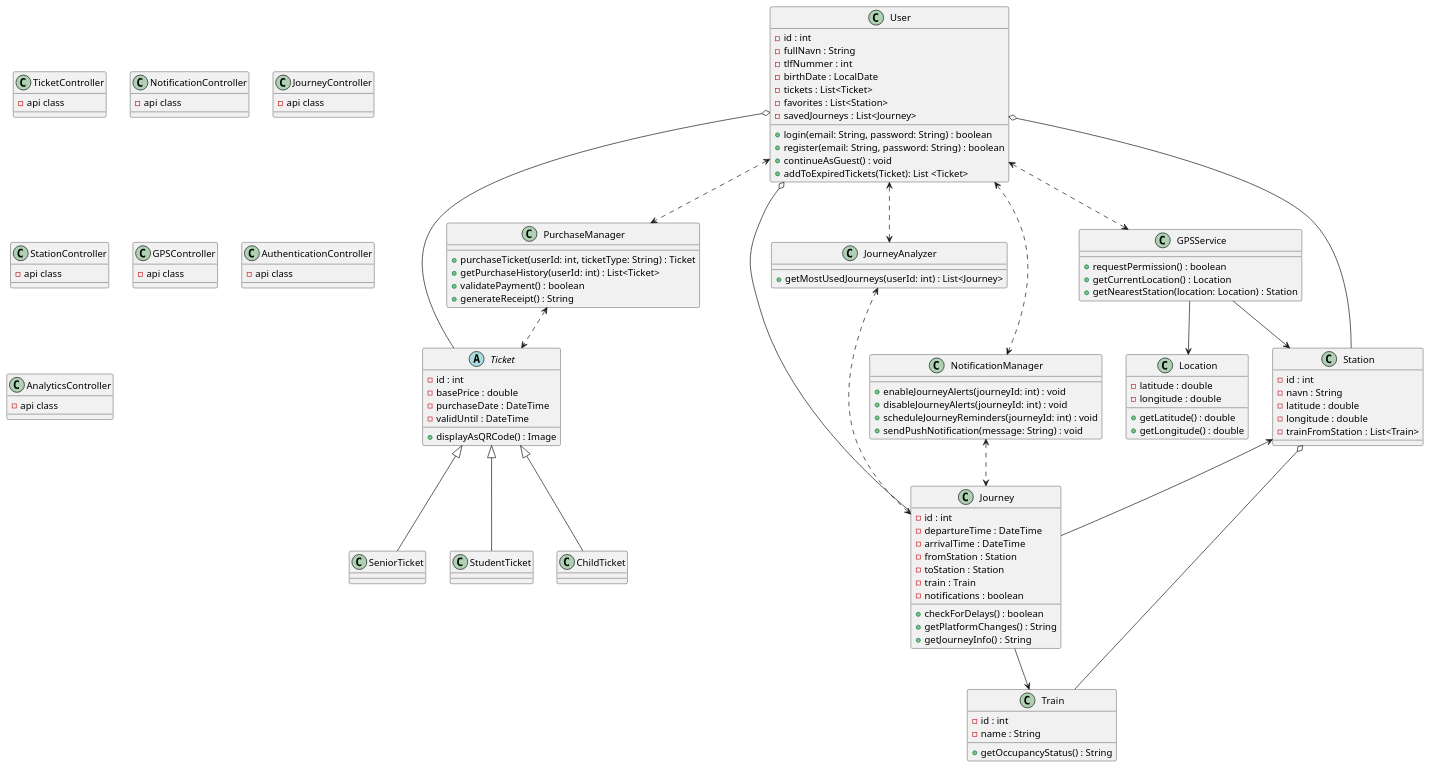
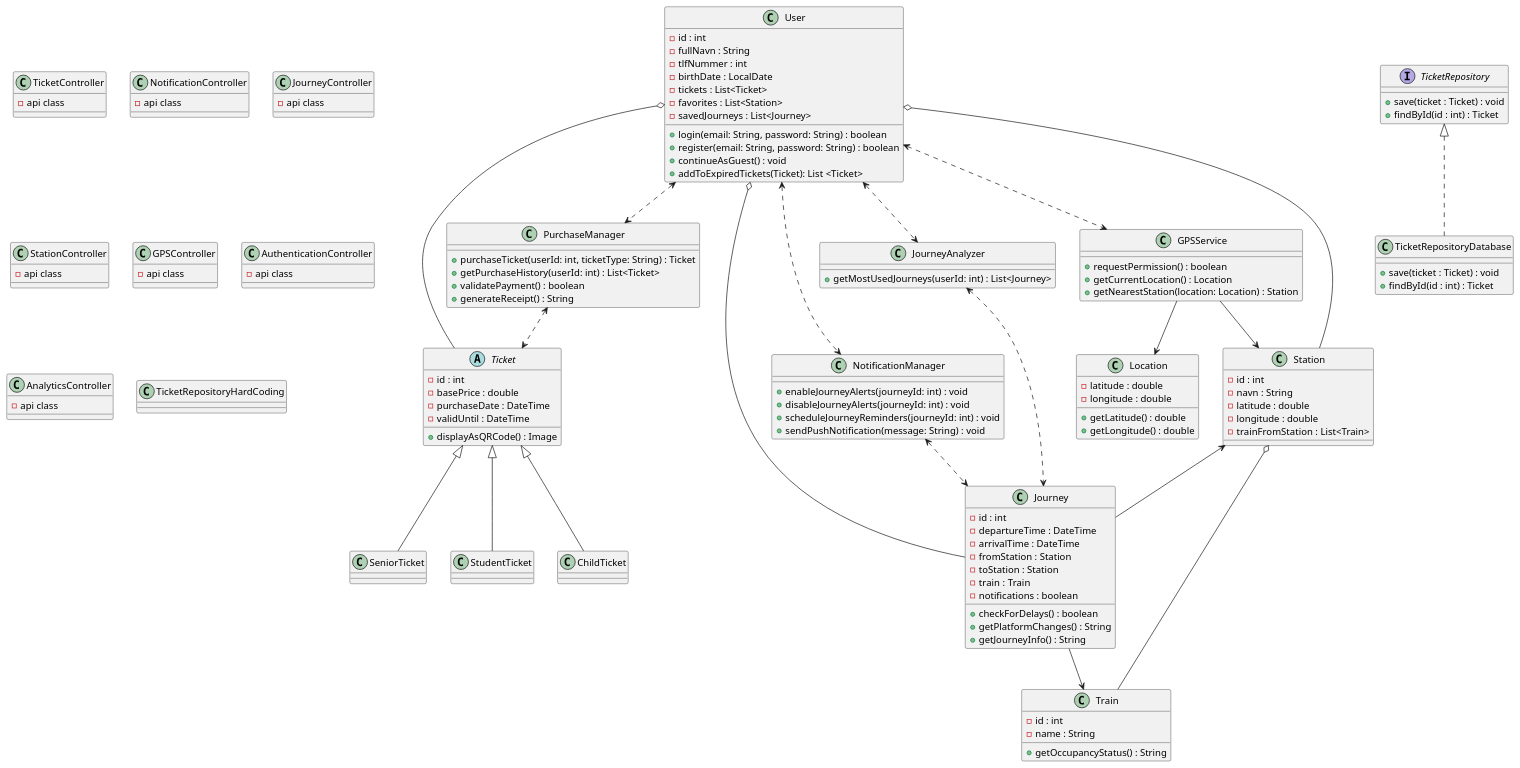
The diagram in backUPDiagram.puml (WaterIsNecessary/OnTheWay), drawn with PlantUML before and after one commit. The commit also changed 2 other files, not shown here.

Commit message:
Daniel-Lagde en enkelt compenentDiagram basert på det vi har i klasse diagrammet så langt

```diff
--- a/backUPDiagram.puml
+++ b/backUPDiagram.puml
@@ -1,140 +1,154 @@
 @startuml
 
 abstract class Ticket {
     - id : int
     - basePrice : double
     - purchaseDate : DateTime
     - validUntil : DateTime
 
     + displayAsQRCode() : Image
 
 }
 
 class StudentTicket
 class ChildTicket
 class SeniorTicket
 
 Ticket <|-- StudentTicket
 Ticket <|-- ChildTicket
 Ticket <|-- SeniorTicket
 
 class User {
     - id : int
     - fullNavn : String
     - tlfNummer : int
     - birthDate : LocalDate
     - tickets : List<Ticket>
     - favorites : List<Station>
     - savedJourneys : List<Journey>
     + login(email: String, password: String) : boolean
     + register(email: String, password: String) : boolean
     + continueAsGuest() : void
     + addToExpiredTickets(Ticket): List <Ticket>
 }
 
 class NotificationManager {
     + enableJourneyAlerts(journeyId: int) : void
     + disableJourneyAlerts(journeyId: int) : void
     + scheduleJourneyReminders(journeyId: int) : void
     + sendPushNotification(message: String) : void
 }
 
 class PurchaseManager {
     + purchaseTicket(userId: int, ticketType: String) : Ticket
     + getPurchaseHistory(userId: int) : List<Ticket>
     + validatePayment() : boolean
     + generateReceipt() : String
 }
 
 class JourneyAnalyzer {
     + getMostUsedJourneys(userId: int) : List<Journey>
 }
 
 class GPSService {
     + requestPermission() : boolean
     + getCurrentLocation() : Location
     + getNearestStation(location: Location) : Station
 }
 
 class Location {
     - latitude : double
     - longitude : double
     + getLatitude() : double
     + getLongitude() : double
 }
 
 class Train {
     - id : int
     - name : String
     + getOccupancyStatus() : String
 }
 
 class Station {
     - id : int
     - navn : String
     - latitude : double
     - longitude : double
     - trainFromStation : List<Train>
 }
 
 class Journey {
     - id : int
     - departureTime : DateTime
     - arrivalTime : DateTime
     - fromStation : Station
     - toStation : Station
     - train : Train
     - notifications : boolean
     + checkForDelays() : boolean
     + getPlatformChanges() : String
     + getJourneyInfo() : String
 }
 
 class TicketController {
     -api class
 }
 
 class NotificationController {
     -api class
 }
 
 class JourneyController {
     -api class
 }
 
 class StationController {
     -api class
 }
 
 class GPSController {
     -api class
 }
 
 class AuthenticationController {
     -api class
 }
 
 class AnalyticsController {
     -api class
 }
+interface TicketRepository {
+    + save(ticket : Ticket) : void
+    + findById(id : int) : Ticket
+}
 
+class TicketRepositoryDatabase {
+    + save(ticket : Ticket) : void
+    + findById(id : int) : Ticket
+}
+
+class TicketRepositoryHardCoding{
+
+}
+
+TicketRepository <|.. TicketRepositoryDatabase
 User <..> NotificationManager
 User <..> PurchaseManager
 User <..> JourneyAnalyzer
 User <..> GPSService
 
 PurchaseManager <..> Ticket
 NotificationManager <..> Journey
 JourneyAnalyzer <..> Journey
 GPSService --> Station
 GPSService --> Location
 
 User o-- Ticket
 Station o-- Train
 User o-- Station
 Station <-- Journey
 Journey --> Train
 Journey --o User
 
 
 @enduml
```
